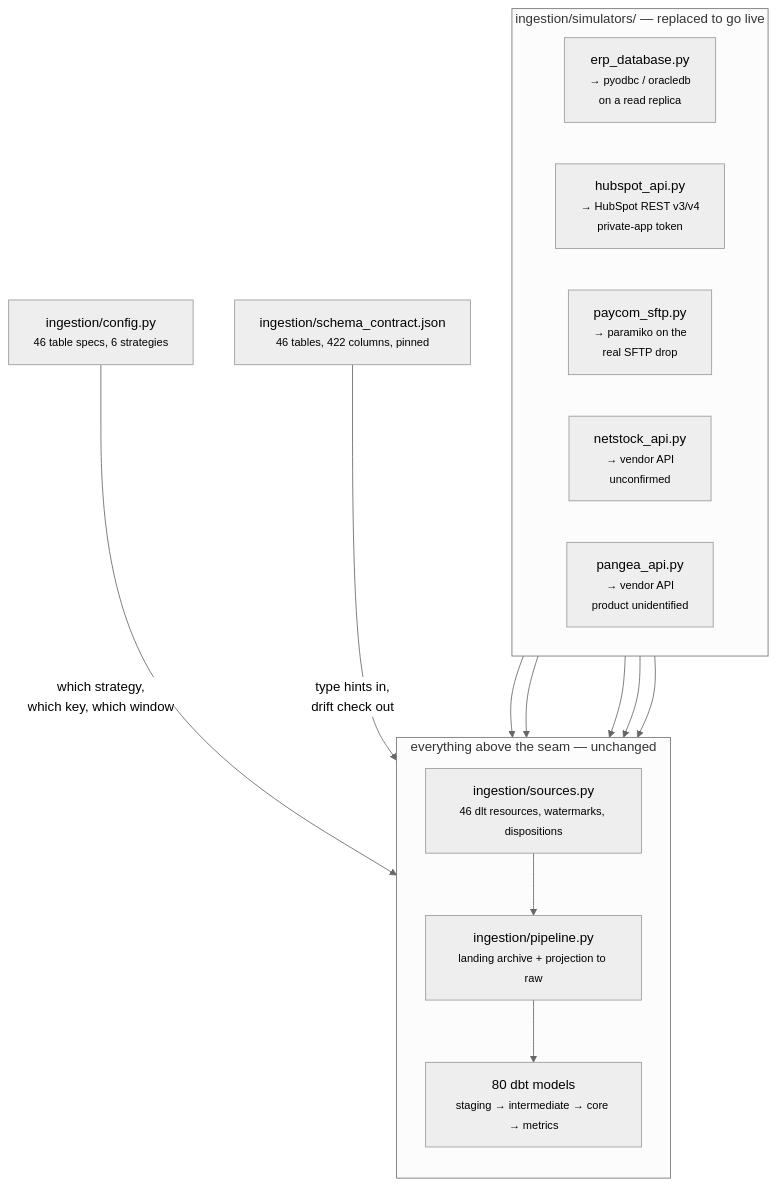
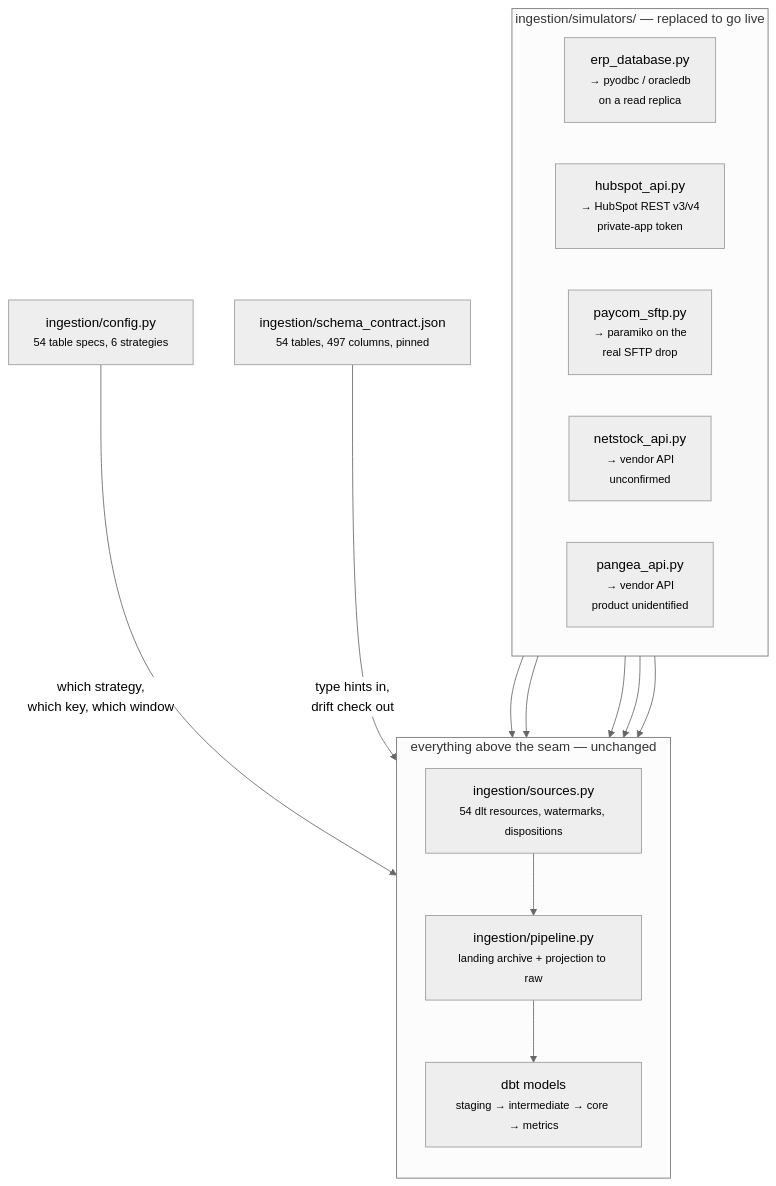
One commit to patrickmhaney/bgr_control_tower changed the first of 5 diagrams in docs/ingestion.md. Above: the diagram before and after it, drawn with Mermaid (neutral theme). The commit also changed other lines of this file and 33 other files, not shown here.

````diff
--- a/docs/ingestion.md
+++ b/docs/ingestion.md
@@ -48,30 +46,30 @@
 ```mermaid
 flowchart TB
     subgraph SEAM["ingestion/simulators/ &mdash; replaced to go live"]
         direction LR
         a1["erp_database.py<br/><small>&rarr; pyodbc / oracledb<br/>on a read replica</small>"]
         a2["hubspot_api.py<br/><small>&rarr; HubSpot REST v3/v4<br/>private-app token</small>"]
         a3["paycom_sftp.py<br/><small>&rarr; paramiko on the<br/>real SFTP drop</small>"]
         a4["netstock_api.py<br/><small>&rarr; vendor API<br/>unconfirmed</small>"]
         a5["pangea_api.py<br/><small>&rarr; vendor API<br/>product unidentified</small>"]
     end
 
     subgraph KEEP["everything above the seam &mdash; unchanged"]
         direction TB
-        c2["ingestion/sources.py<br/><small>46 dlt resources, watermarks, dispositions</small>"]
+        c2["ingestion/sources.py<br/><small>54 dlt resources, watermarks, dispositions</small>"]
         c4["ingestion/pipeline.py<br/><small>landing archive + projection to raw</small>"]
-        c5["80 dbt models<br/><small>staging &rarr; intermediate &rarr; core &rarr; metrics</small>"]
+        c5["dbt models<br/><small>staging &rarr; intermediate &rarr; core &rarr; metrics</small>"]
         c2 --> c4 --> c5
     end
 
-    spec["ingestion/config.py<br/><small>46 table specs, 6 strategies</small>"]
-    contract["ingestion/schema_contract.json<br/><small>46 tables, 422 columns, pinned</small>"]
+    spec["ingestion/config.py<br/><small>54 table specs, 6 strategies</small>"]
+    contract["ingestion/schema_contract.json<br/><small>54 tables, 497 columns, pinned</small>"]
 
     a1 --> c2
     a2 --> c2
     a3 --> c2
     a4 --> c2
     a5 --> c2
     spec -->|"which strategy,<br/>which key, which window"| c2
     contract -->|"type hints in,<br/>drift check out"| c2
 ```
````
